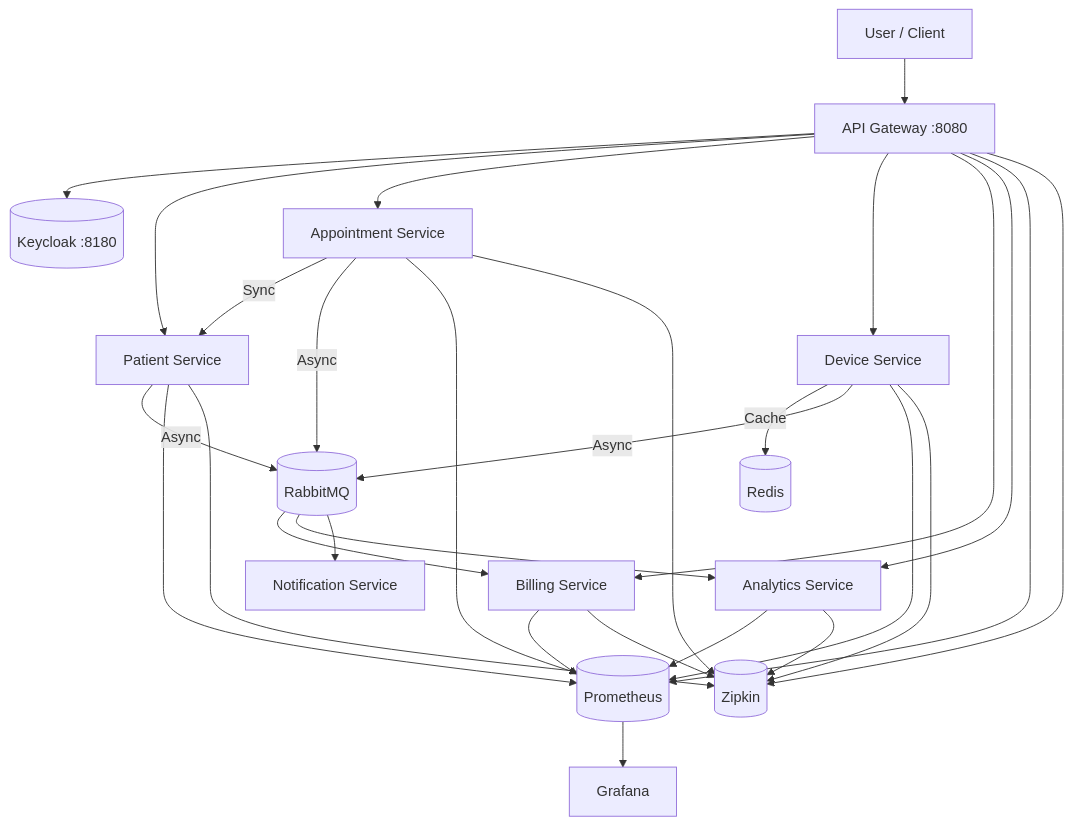
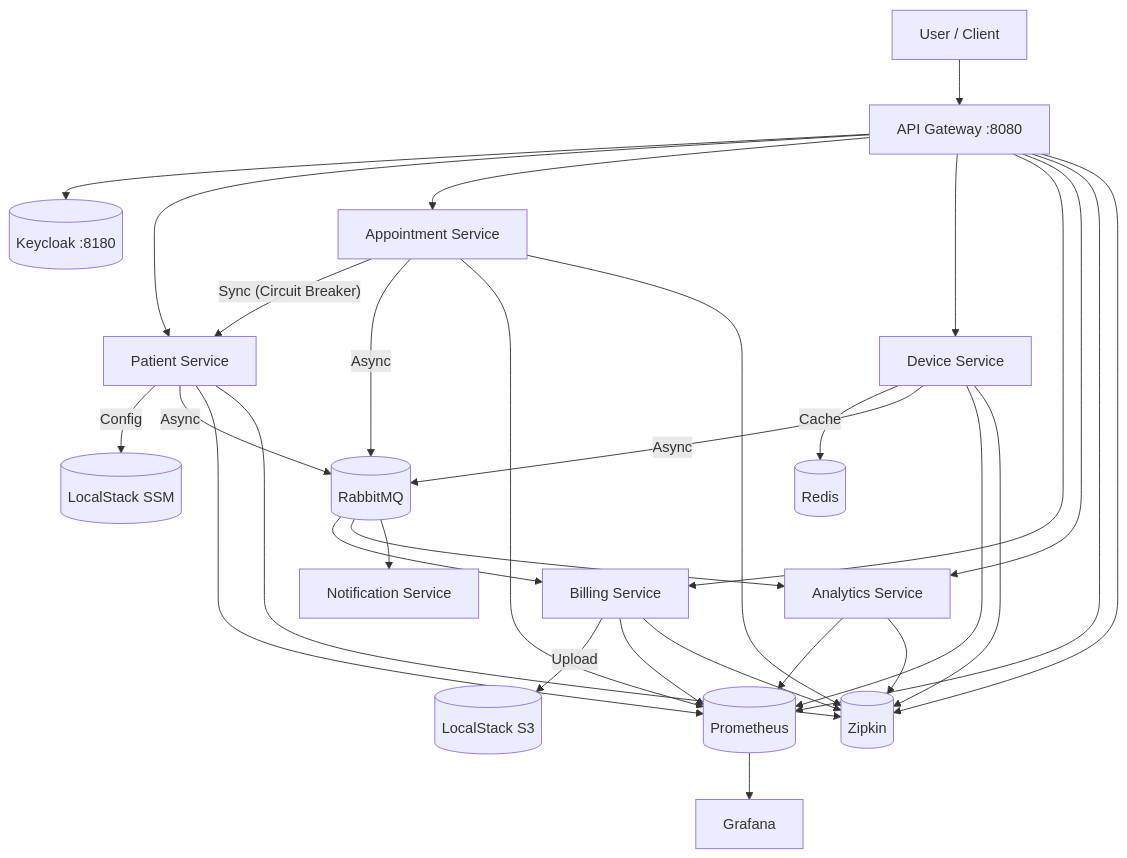
The diagram in README.md (dawidbera/smarthealth-platform), drawn with Mermaid before and after one commit. The commit also changed other lines of this file and 16 other files, not shown here.

````diff
--- a/README.md
+++ b/README.md
@@ -6,25 +6,27 @@
 ```mermaid
 flowchart TD
   User[User / Client] --> GW[API Gateway :8080]
   GW --> KC[(Keycloak :8180)]
   GW --> PAT[Patient Service]
   GW --> APP[Appointment Service]
   GW --> DEV[Device Service]
   GW --> BILL[Billing Service]
   GW --> ANL[Analytics Service]
   
-  APP -- Sync --> PAT
+  APP -- Sync (Circuit Breaker) --> PAT
   DEV -- Cache --> R[(Redis)]
+  PAT -- Config --> AWS[(LocalStack SSM)]
+  BILL -- Upload --> S3[(LocalStack S3)]
   
   PAT -- Async --> MQ[(RabbitMQ)]
   APP -- Async --> MQ
   DEV -- Async --> MQ
   
   MQ --> BILL
   MQ --> ANL
   MQ --> NOTIF[Notification Service]
   
   PAT & APP & BILL & DEV & ANL & GW --> PROM[(Prometheus)]
   PAT & APP & BILL & DEV & ANL & GW --> ZIP[(Zipkin)]
   PROM --> GRAF[Grafana]
 ```
````
